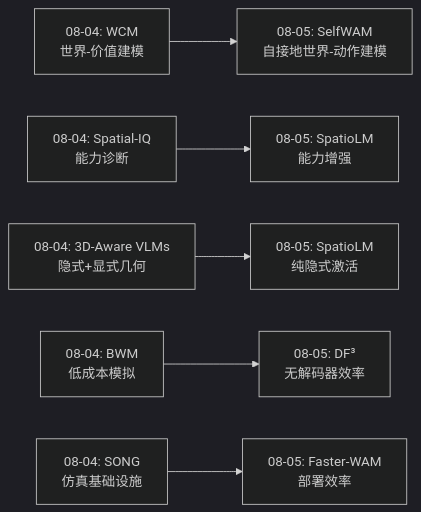
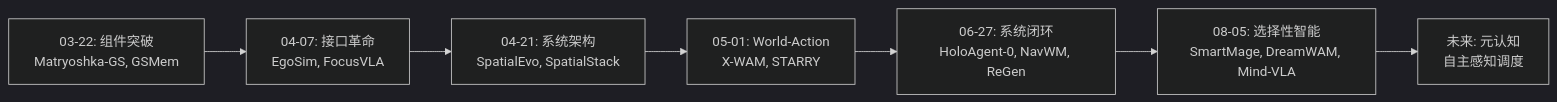
The first of 4 diagrams in daily_thinking/2026-08-05.md (ahangchen/spatial_agi), drawn with Mermaid (dark theme) before and after one commit. The commit also changed other lines of this file and 6 other files, not shown here.

````diff
--- a/daily_thinking/2026-08-05.md
+++ b/daily_thinking/2026-08-05.md
@@ -27,8 +61,9 @@
 ```mermaid
 graph LR
-    A["08-04: WCM<br/>世界-价值建模"] --> B["08-05: SelfWAM<br/>自接地世界-动作建模"]
-    C["08-04: Spatial-IQ<br/>能力诊断"] --> D["08-05: SpatioLM<br/>能力增强"]
-    E["08-04: 3D-Aware VLMs<br/>隐式+显式几何"] --> F["08-05: SpatioLM<br/>纯隐式激活"]
-    G["08-04: BWM<br/>低成本模拟"] --> H["08-05: DF³<br/>无解码器效率"]
-    I["08-04: SONG<br/>仿真基础设施"] --> J["08-05: Faster-WAM<br/>部署效率"]
+    A["03-22: 组件突破<br/>Matryoshka-GS, GSMem"] --> B["04-07: 接口革命<br/>EgoSim, FocusVLA"]
+    B --> C["04-21: 系统架构<br/>SpatialEvo, SpatialStack"]
+    C --> D["05-01: World-Action<br/>X-WAM, STARRY"]
+    D --> E["06-27: 系统闭环<br/>HoloAgent-0, NavWM, ReGen"]
+    E --> F["08-05: 选择性智能<br/>SmartMage, DreamWAM, Mind-VLA"]
+    F --> G["未来: 元认知<br/>自主感知调度"]
 ```
````
